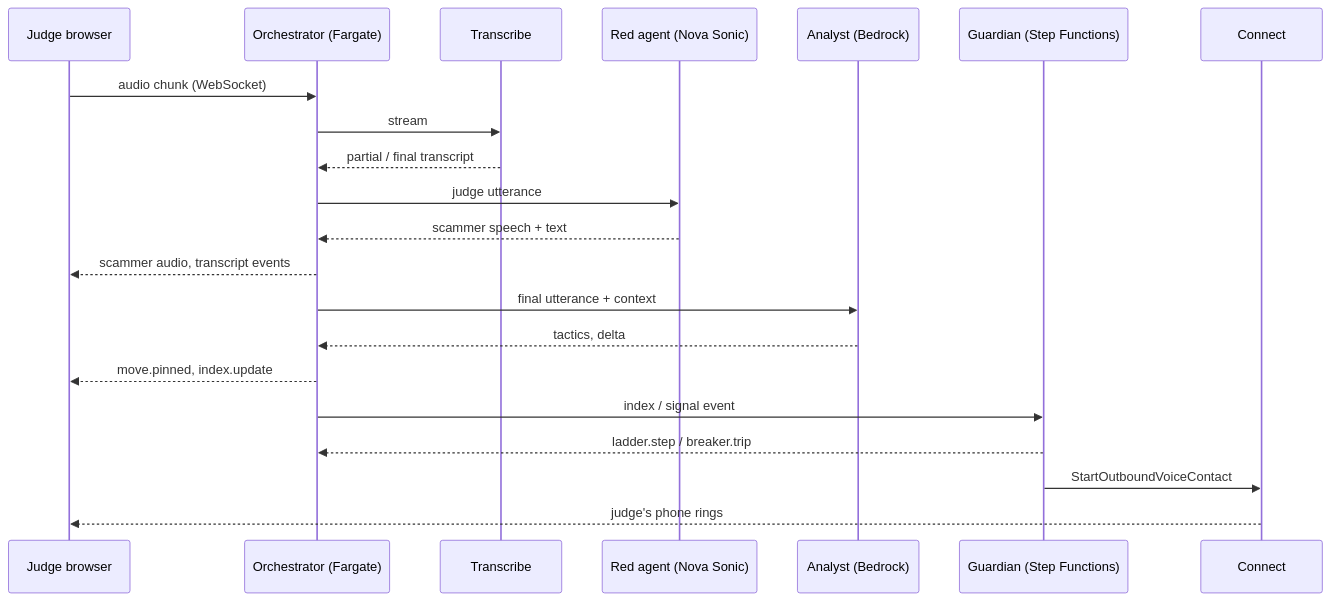
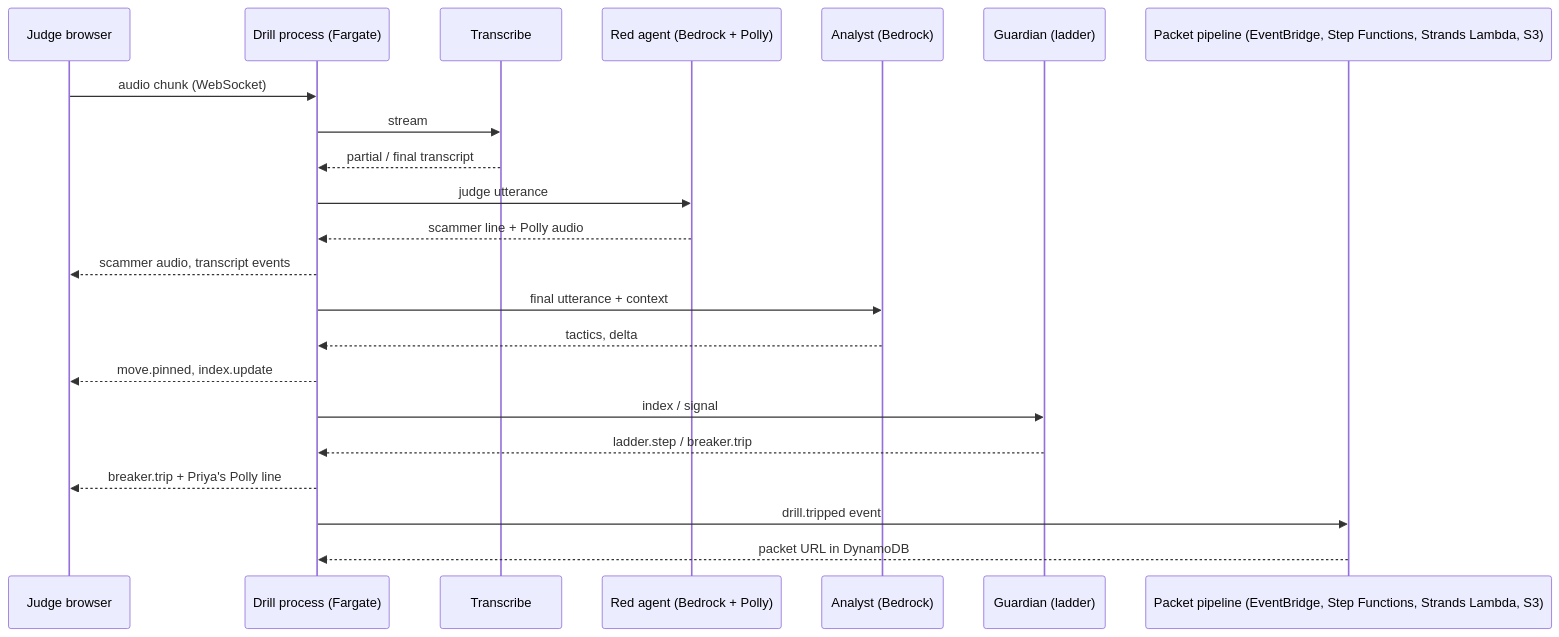
The third of 3 diagrams in docs/PRD.md (nitine/circuit-breaker), drawn with Mermaid before and after one commit. The commit also changed other lines of this file, not shown here.

First line of the commit message:
docs: PRD folds in final stack (TanStack Start, Fargate, no Connect) and picker redesign

````diff
--- a/docs/PRD.md
+++ b/docs/PRD.md
@@ -204,23 +215,24 @@
 ```mermaid
 sequenceDiagram
     participant J as Judge browser
-    participant O as Orchestrator (Fargate)
+    participant O as Drill process (Fargate)
     participant T as Transcribe
-    participant R as Red agent (Nova Sonic)
+    participant R as Red agent (Bedrock + Polly)
     participant A as Analyst (Bedrock)
-    participant G as Guardian (Step Functions)
-    participant C as Connect
+    participant G as Guardian (ladder)
+    participant P as Packet pipeline (EventBridge, Step Functions, Strands Lambda, S3)
     J->>O: audio chunk (WebSocket)
     O->>T: stream
     T-->>O: partial / final transcript
     O->>R: judge utterance
-    R-->>O: scammer speech + text
+    R-->>O: scammer line + Polly audio
     O-->>J: scammer audio, transcript events
     O->>A: final utterance + context
     A-->>O: tactics, delta
     O-->>J: move.pinned, index.update
-    O->>G: index / signal event
+    O->>G: index / signal
     G-->>O: ladder.step / breaker.trip
-    G->>C: StartOutboundVoiceContact
-    C-->>J: judge's phone rings
+    O-->>J: breaker.trip + Priya's Polly line
+    O->>P: drill.tripped event
+    P-->>O: packet URL in DynamoDB
 ```
````
